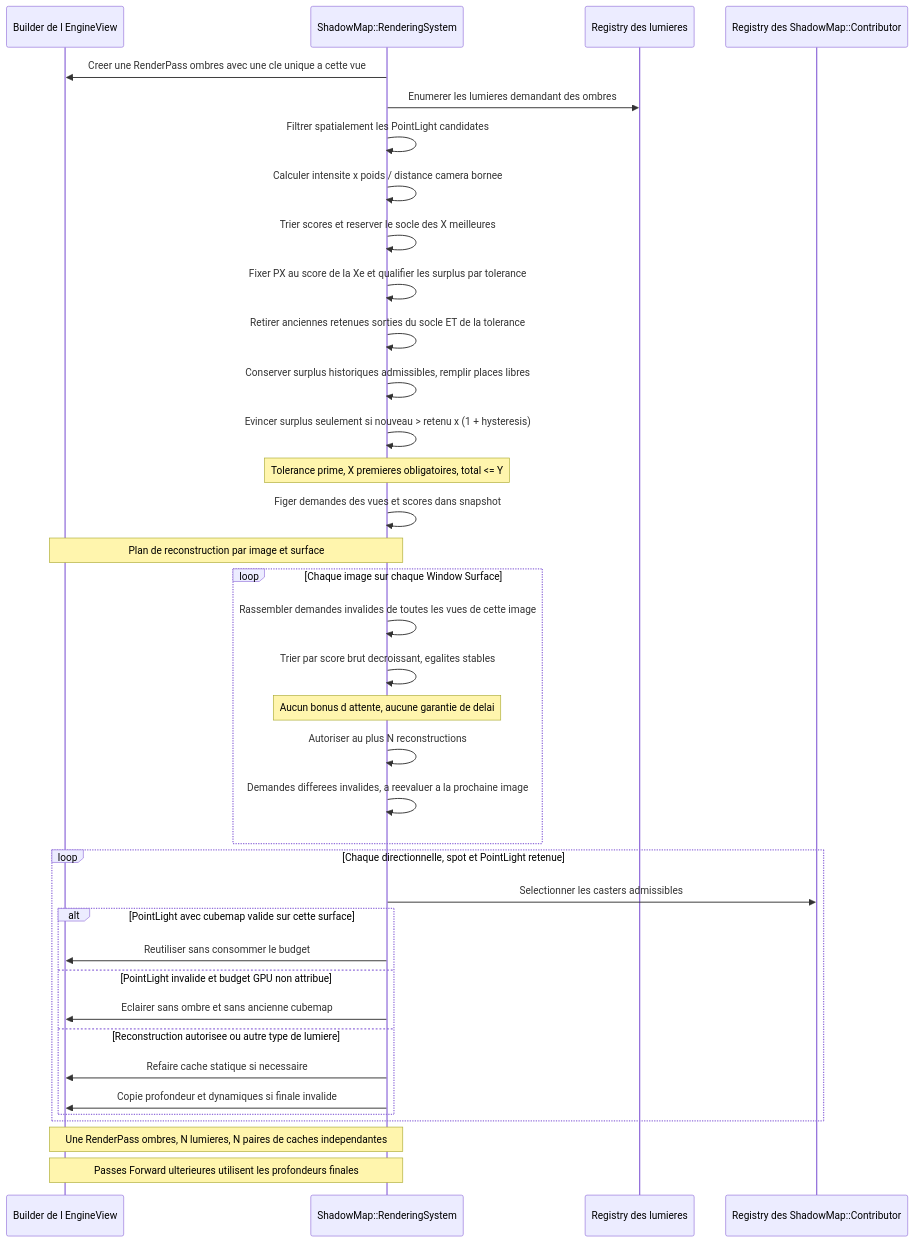
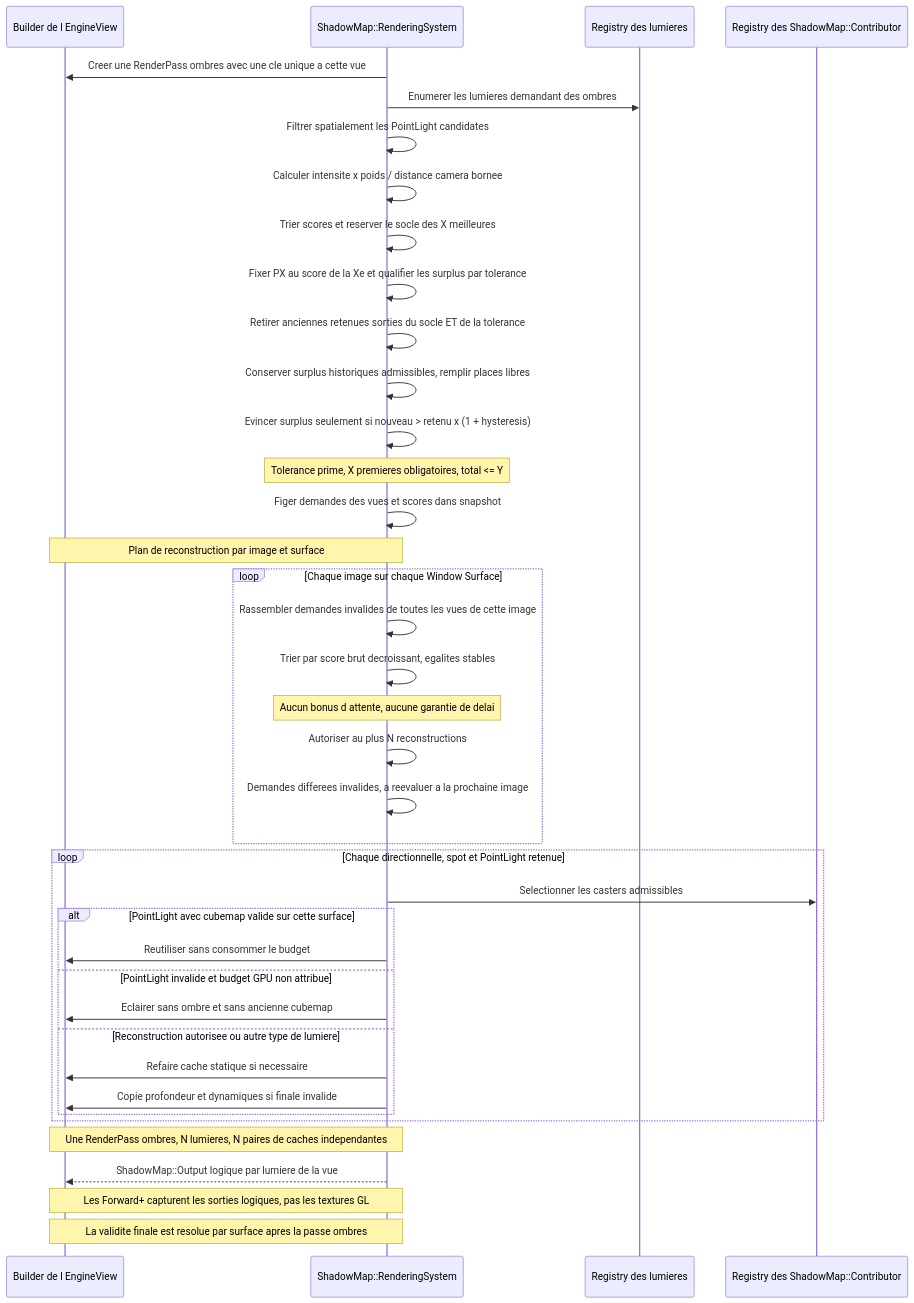
One commit to EreliaStudio/Sparkle changed diagram 12 of 24 in docs/voxel-engine-v0.1.4-specification.md. Above: the diagram before and after it, drawn with Mermaid. The commit also changed other lines of this file, not shown here.

Commit message:
docs(v0.1.4): approve A3 typed per-light ShadowMap::Output contract and surface resolution

````diff
--- a/docs/voxel-engine-v0.1.4-specification.md
+++ b/docs/voxel-engine-v0.1.4-specification.md
@@ -1046,39 +1061,41 @@
 ```mermaid
 sequenceDiagram
     participant V as Builder de l EngineView
     participant S as ShadowMap::RenderingSystem
     participant L as Registry des lumieres
     participant C as Registry des ShadowMap::Contributor
     S->>V: Creer une RenderPass ombres avec une cle unique a cette vue
     S->>L: Enumerer les lumieres demandant des ombres
     S->>S: Filtrer spatialement les PointLight candidates
     S->>S: Calculer intensite x poids / distance camera bornee
     S->>S: Trier scores et reserver le socle des X meilleures
     S->>S: Fixer PX au score de la Xe et qualifier les surplus par tolerance
     S->>S: Retirer anciennes retenues sorties du socle ET de la tolerance
     S->>S: Conserver surplus historiques admissibles, remplir places libres
     S->>S: Evincer surplus seulement si nouveau > retenu x (1 + hysteresis)
     Note over S: Tolerance prime, X premieres obligatoires, total <= Y
     S->>S: Figer demandes des vues et scores dans snapshot
     Note over S,V: Plan de reconstruction par image et surface
     loop Chaque image sur chaque Window Surface
         S->>S: Rassembler demandes invalides de toutes les vues de cette image
         S->>S: Trier par score brut decroissant, egalites stables
         Note over S: Aucun bonus d attente, aucune garantie de delai
         S->>S: Autoriser au plus N reconstructions
         S->>S: Demandes differees invalides, a reevaluer a la prochaine image
     end
     loop Chaque directionnelle, spot et PointLight retenue
         S->>C: Selectionner les casters admissibles
         alt PointLight avec cubemap valide sur cette surface
             S->>V: Reutiliser sans consommer le budget
         else PointLight invalide et budget GPU non attribue
             S->>V: Eclairer sans ombre et sans ancienne cubemap
         else Reconstruction autorisee ou autre type de lumiere
             S->>V: Refaire cache statique si necessaire
             S->>V: Copie profondeur et dynamiques si finale invalide
         end
     end
     Note over V,S: Une RenderPass ombres, N lumieres, N paires de caches independantes
-    Note over V,S: Passes Forward ulterieures utilisent les profondeurs finales
+    S-->>V: ShadowMap::Output logique par lumiere de la vue
+    Note over V,S: Les Forward+ capturent les sorties logiques, pas les textures GL
+    Note over V,S: La validite finale est resolue par surface apres la passe ombres
 ```
````
